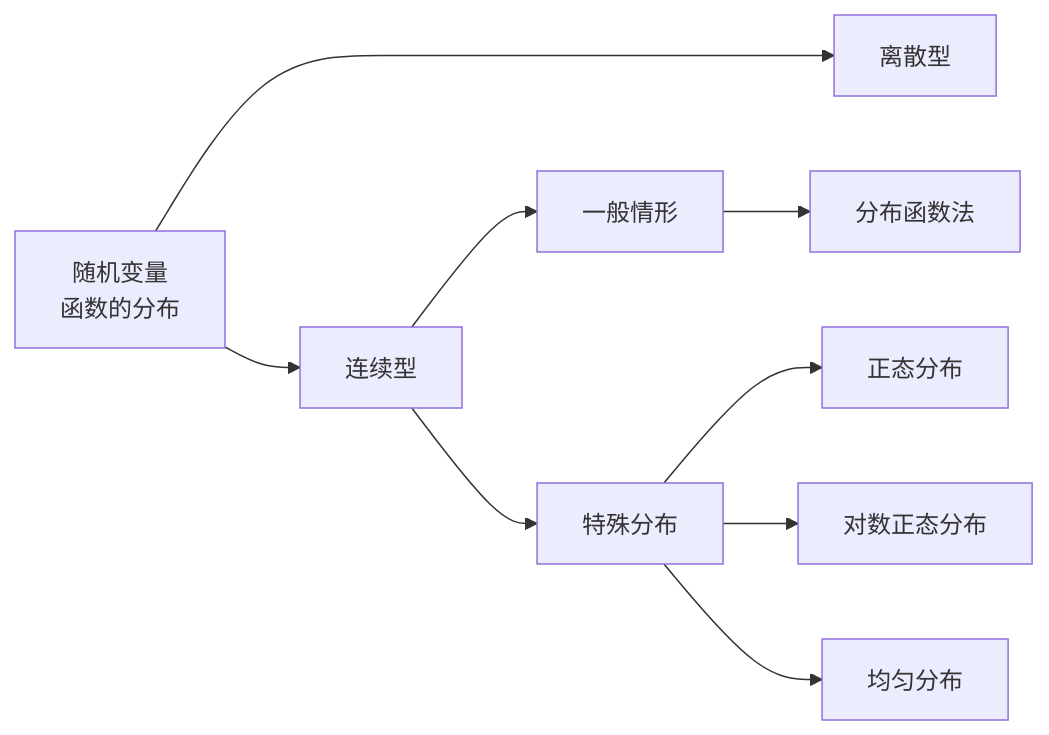
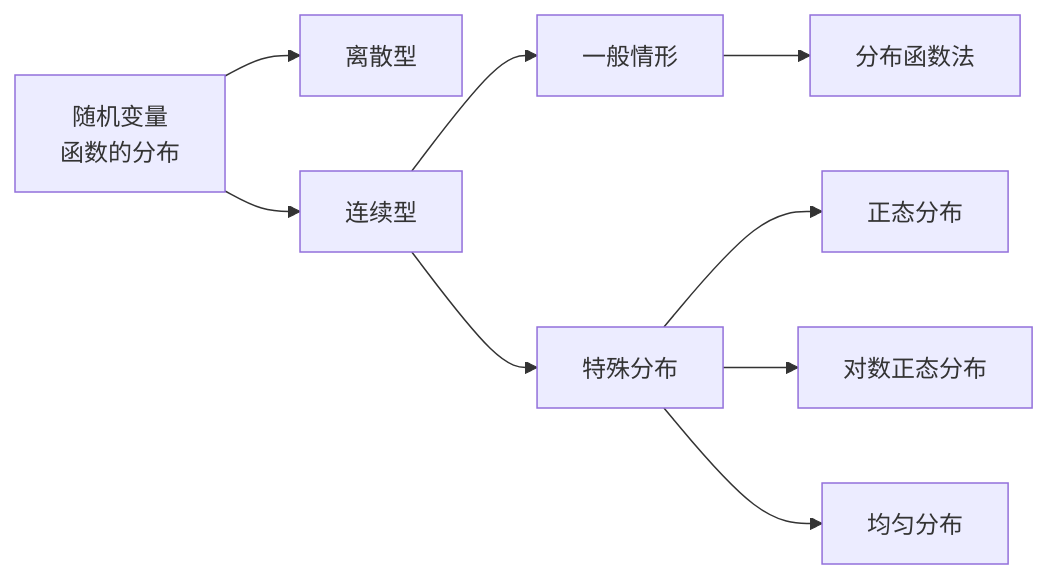
The diagram in src/site/notes/随机变量函数的分布.md (UNLINEARITY/Learn-Everything), drawn with Mermaid before and after one commit. The commit also changed other lines of this file, not shown here.

````diff
--- a/src/site/notes/随机变量函数的分布.md
+++ b/src/site/notes/随机变量函数的分布.md
@@ -10,9 +9,9 @@
 ```mermaid
 graph LR
 1["随机变量
-函数的分布"]---->2[离散型]
+函数的分布"]-->2[离散型]
 1--> 3[连续型]
 3--> 5[一般情形] & 4[特殊分布]
 4--> 正态分布 & 对数正态分布 & 均匀分布
 5--> 分布函数法
 ```
````
